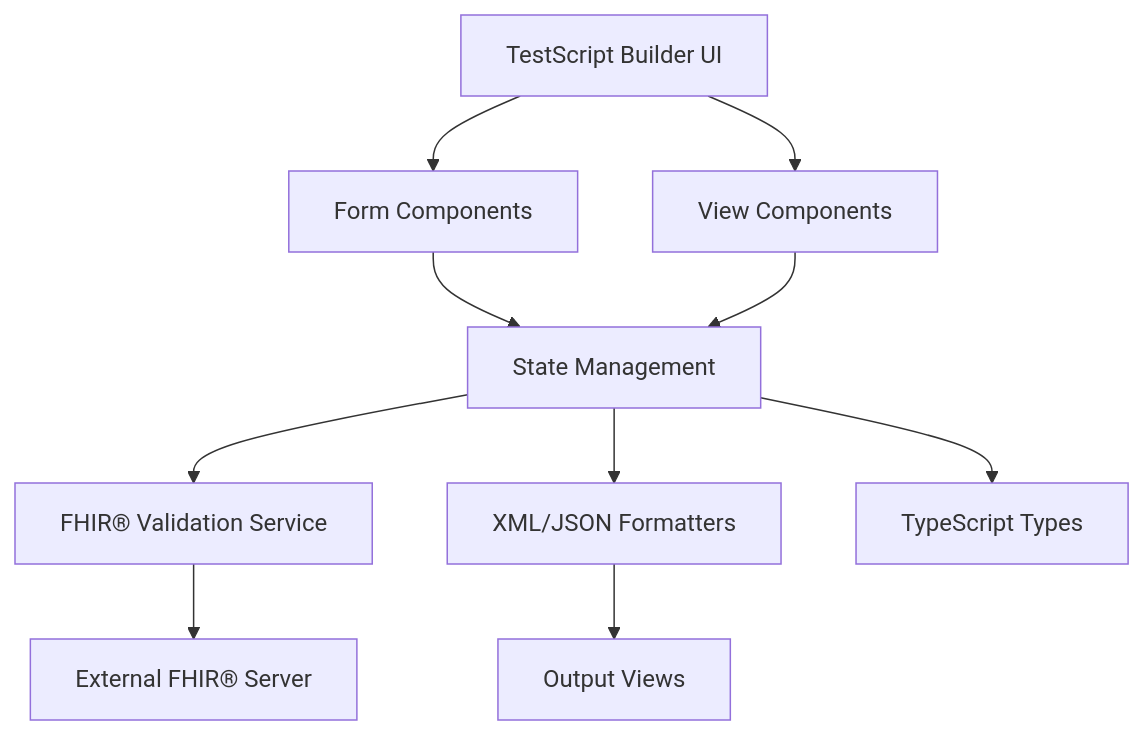
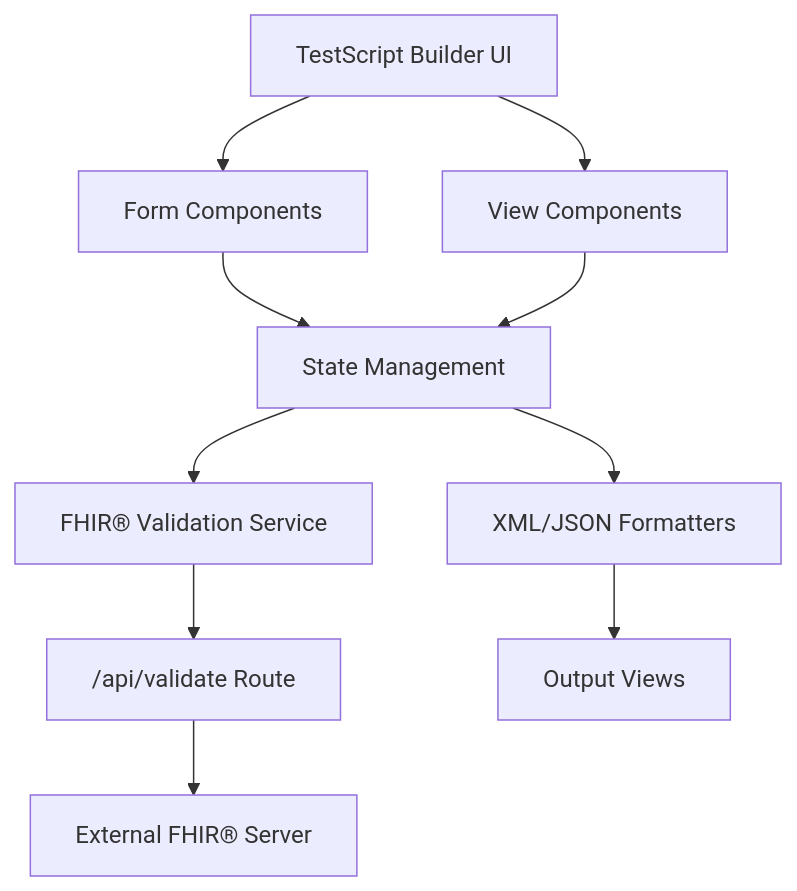
Before and after one commit to HL7Austria/HL7-AT-TestFhiry-TinkerTool: the first of 3 diagrams in README.md, drawn with Mermaid. The commit also changed other lines of this file and 5 other files, not shown here.

````diff
--- a/README.md
+++ b/README.md
@@ -118,12 +118,12 @@
 ```mermaid
 graph TD
     A["TestScript Builder UI"] --> B["Form Components"]
     A --> C["View Components"]
     B --> D["State Management"]
     C --> D
     D --> E["FHIR® Validation Service"]
     D --> F["XML/JSON Formatters"]
-    E --> G["External FHIR® Server"]
+    E --> J["/api/validate Route"]
+    J --> G["External FHIR® Server"]
     F --> H["Output Views"]
-    D --> I["TypeScript Types"]
 ```
````
